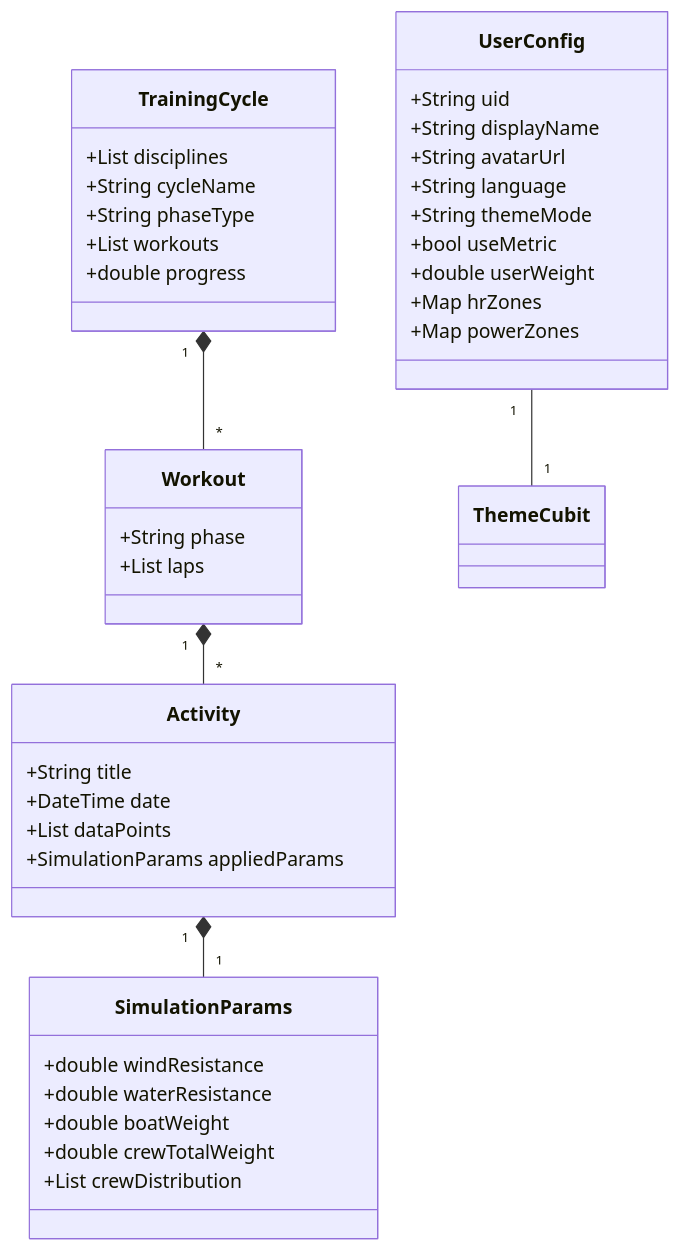
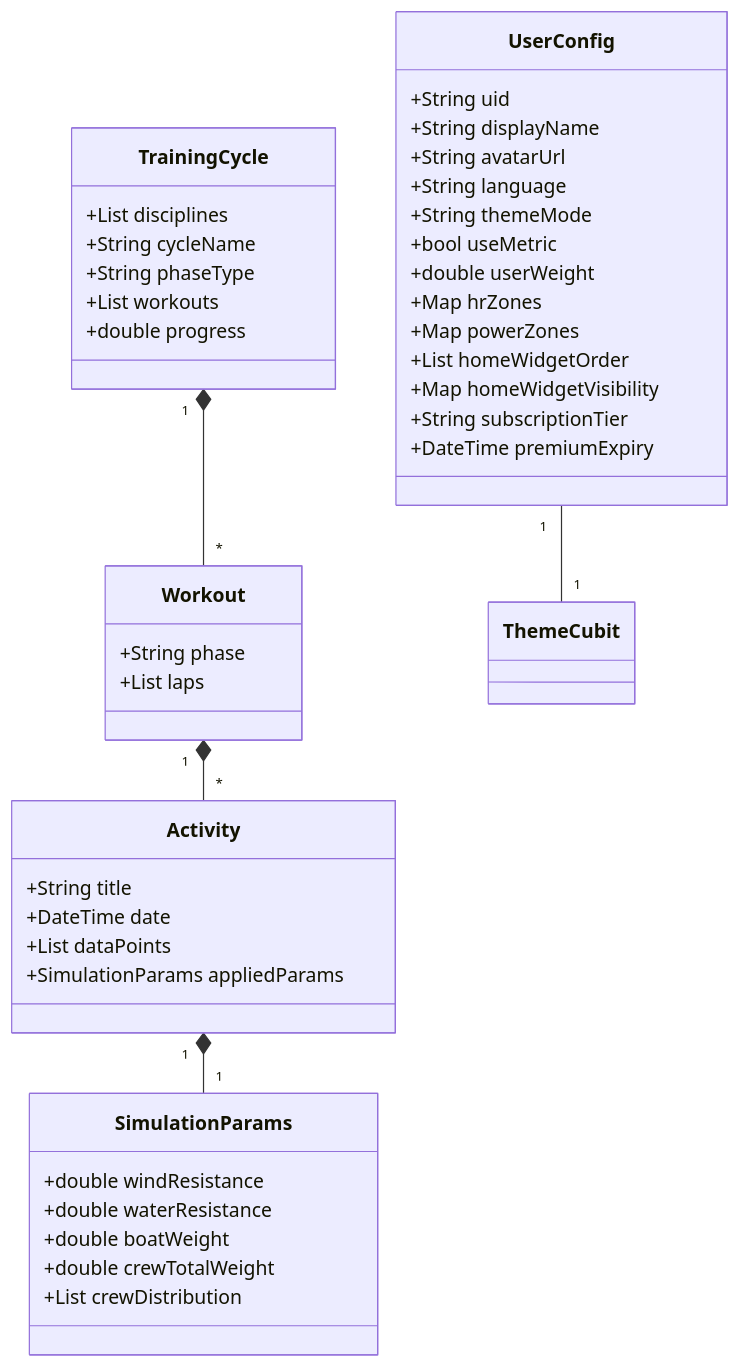
Before and after one commit to xmanflasher/dptapp: the fourth of 4 diagrams in docs/system_design.md, drawn with Mermaid. The commit also changed other lines of this file and 7 other files, not shown here.

````diff
--- a/docs/system_design.md
+++ b/docs/system_design.md
@@ -71,42 +83,46 @@
 ```mermaid
 classDiagram
     class TrainingCycle {
         +List disciplines
         +String cycleName
         +String phaseType
         +List workouts
         +double progress
     }
     class Workout {
         +String phase
         +List laps
     }
     class Activity {
         +String title
         +DateTime date
         +List dataPoints
         +SimulationParams appliedParams
     }
     class SimulationParams {
         +double windResistance
         +double waterResistance
         +double boatWeight
         +double crewTotalWeight
         +List crewDistribution
     }
     class UserConfig {
         +String uid
         +String displayName
         +String avatarUrl
         +String language
         +String themeMode
         +bool useMetric
         +double userWeight
         +Map hrZones
         +Map powerZones
+        +List homeWidgetOrder
+        +Map homeWidgetVisibility
+        +String subscriptionTier
+        +DateTime premiumExpiry
     }
     TrainingCycle "1" *-- "*" Workout
     Workout "1" *-- "*" Activity
     Activity "1" *-- "1" SimulationParams
     UserConfig "1" -- "1" ThemeCubit
 ```
````
